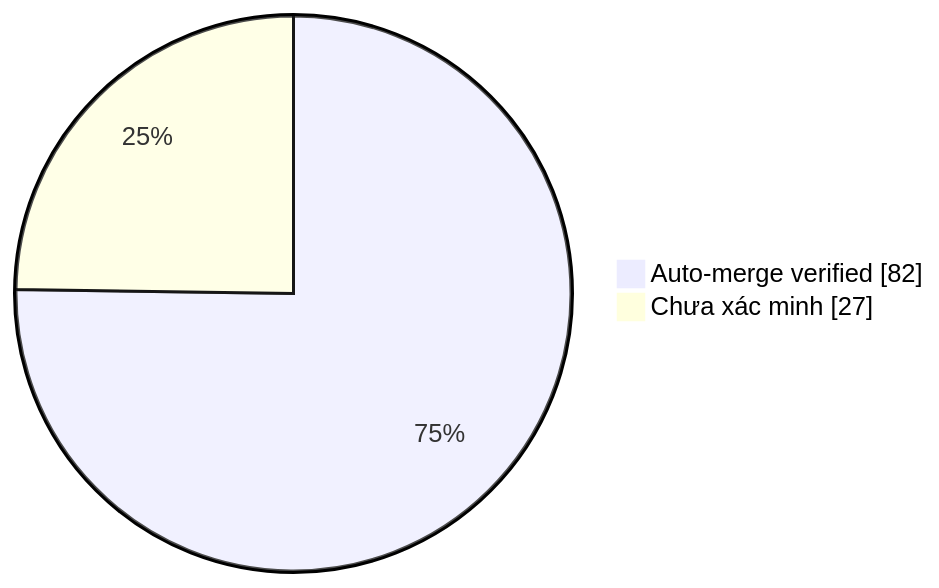
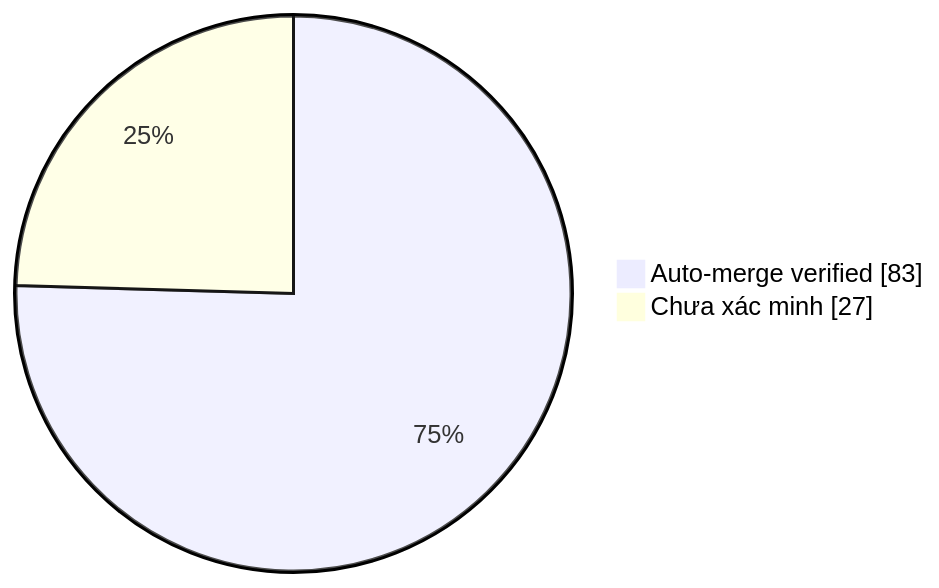
The diagram in collector.md (duykhang68/tetdinhmuiblog), drawn with Mermaid before and after one commit. The commit also changed other lines of this file and 1 other file, not shown here.

Commit message:
docs(collector): update auto-merge evidence dashboard

````diff
--- a/collector.md
+++ b/collector.md
@@ -22,5 +22,5 @@
 ```mermaid
 pie showData
-    "Auto-merge verified" : 82
+    "Auto-merge verified" : 83
     "Chưa xác minh" : 27
 ```
````
